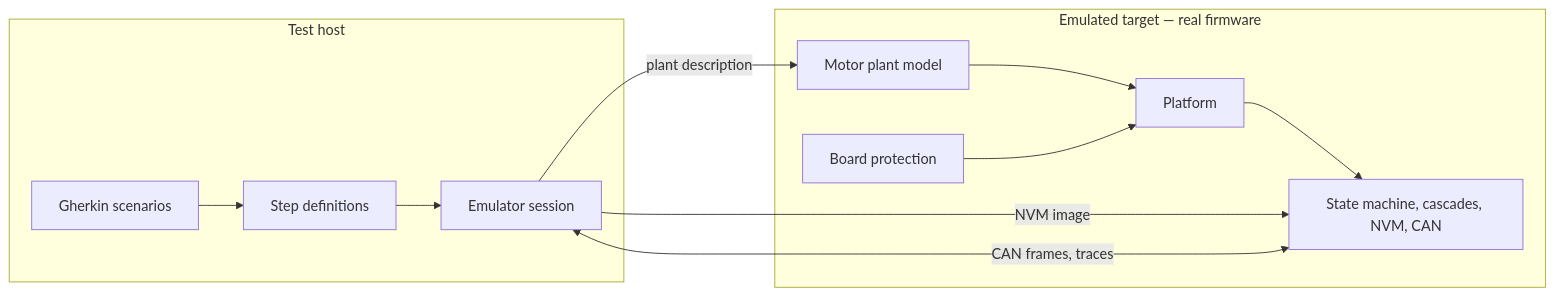
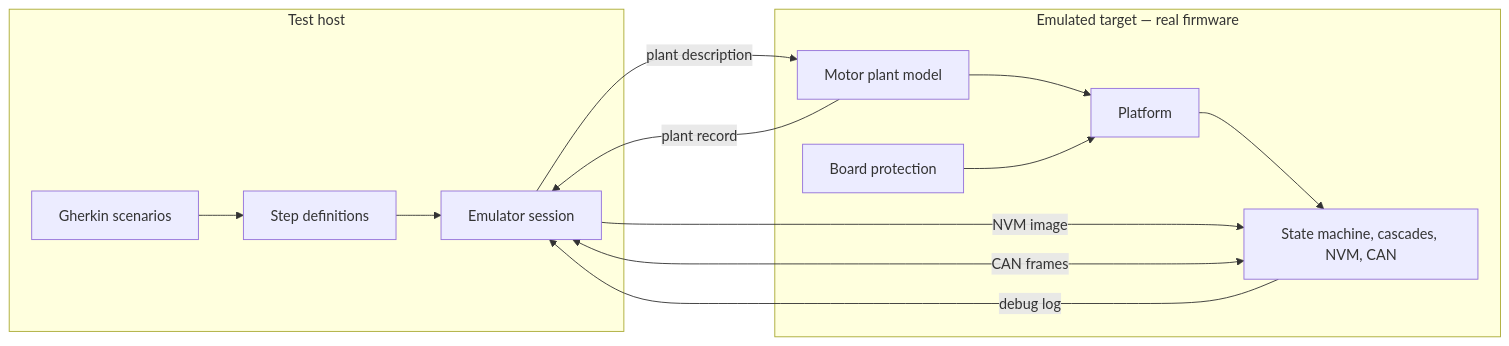
Before and after one commit to embedded-pro/e-foc: the first of 4 diagrams in documentation/design/software-in-the-loop.md, drawn with Mermaid. The commit also changed other lines of this file and 108 other files, not shown here.

````diff
--- a/documentation/design/software-in-the-loop.md
+++ b/documentation/design/software-in-the-loop.md
@@ -38,15 +39,17 @@
 ```mermaid
 graph LR
     subgraph HOST["Test host"]
         GHERKIN["Gherkin scenarios"] --> STEPS["Step definitions"]
         STEPS --> SESSION["Emulator session"]
     end
     subgraph TARGET["Emulated target — real firmware"]
         PLANT["Motor plant model"] --> PLATFORM["Platform"]
         PROT["Board protection"] --> PLATFORM
         PLATFORM --> APP["State machine, cascades, NVM, CAN"]
     end
     SESSION -->|"plant description"| PLANT
     SESSION -->|"NVM image"| APP
-    SESSION <-->|"CAN frames, traces"| APP
+    SESSION <-->|"CAN frames"| APP
+    PLANT -->|"plant record"| SESSION
+    APP -->|"debug log"| SESSION
 ```
````
